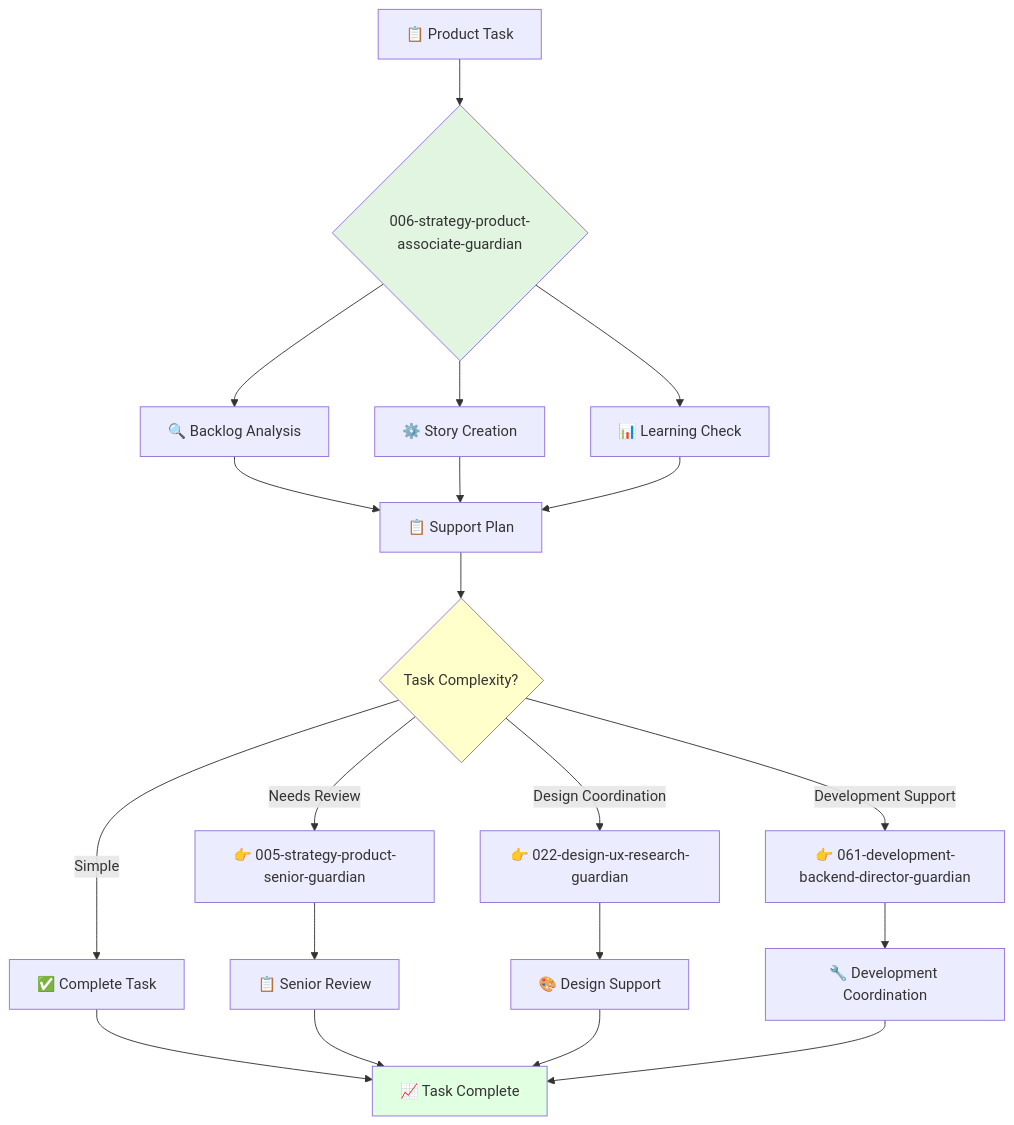
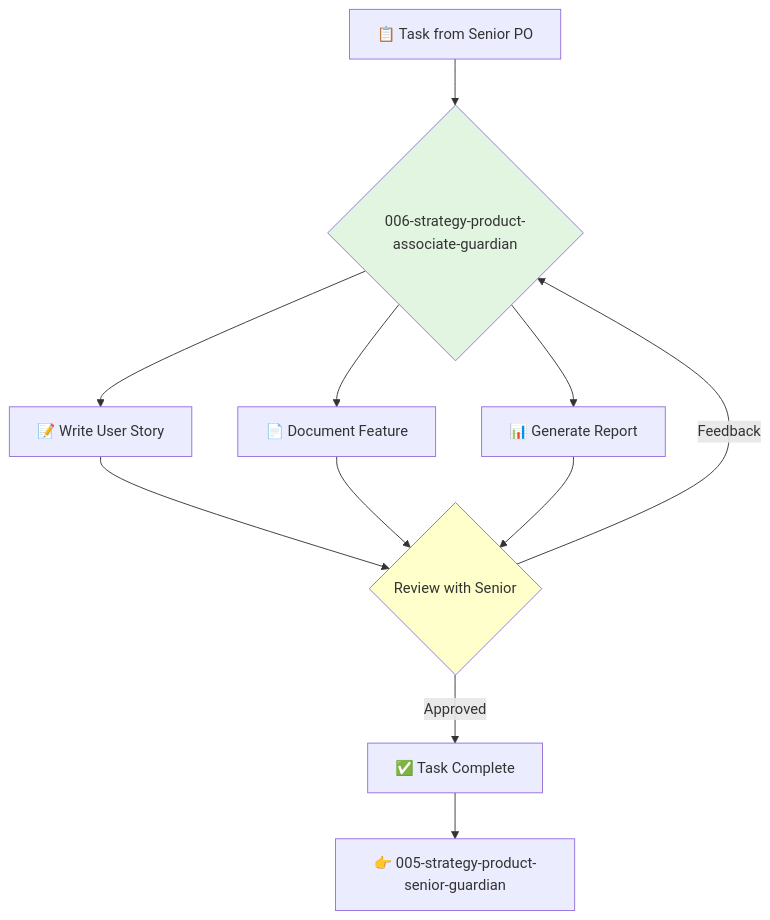
Before and after one commit to kairin/claude-guardian-agents: the diagram in 1-product/1-product-management/2-product-ownership/006-strategy-product-associate-guardian.md, drawn with Mermaid. The commit also changed other lines of this file and 42 other files, not shown here.

````diff
--- a/1-product/1-product-management/2-product-ownership/006-strategy-product-associate-guardian.md
+++ b/1-product/1-product-management/2-product-ownership/006-strategy-product-associate-guardian.md
@@ -57,30 +70,19 @@
 ```mermaid
 flowchart TD
-    A[📋 Product Task] --> B{006-strategy-product-associate-guardian}
-    B --> C[🔍 Backlog Analysis]
-    B --> D[⚙️ Story Creation]  
-    B --> E[📊 Learning Check]
-    
-    C --> F[📋 Support Plan]
+    A[📋 Task from Senior PO] --> B{006-strategy-product-associate-guardian}
+    B --> C[📝 Write User Story]
+    B --> D[📄 Document Feature]
+    B --> E[📊 Generate Report]
+
+    C --> F{Review with Senior}
     D --> F
     E --> F
-    
-    F --> G{Task Complexity?}
-    G -->|Simple| H[✅ Complete Task]
-    G -->|Needs Review| I[👉 005-strategy-product-senior-guardian]
-    G -->|Design Coordination| J[👉 022-design-ux-research-guardian]
-    G -->|Development Support| K[👉 061-development-backend-director-guardian]
-    
-    H --> L[📈 Task Complete]
-    I --> M[📋 Senior Review]
-    J --> N[🎨 Design Support]
-    K --> O[🔧 Development Coordination]
-    
-    M --> L
-    N --> L
-    O --> L
-    
+
+    F -->|Approved| G[✅ Task Complete]
+    F -->|Feedback| B
+
+    G --> H[👉 005-strategy-product-senior-guardian]
+
     style B fill:#e1f5e1
-    style G fill:#ffffcc
-    style L fill:#e1ffe1
+    style F fill:#ffffcc
 ```
````
